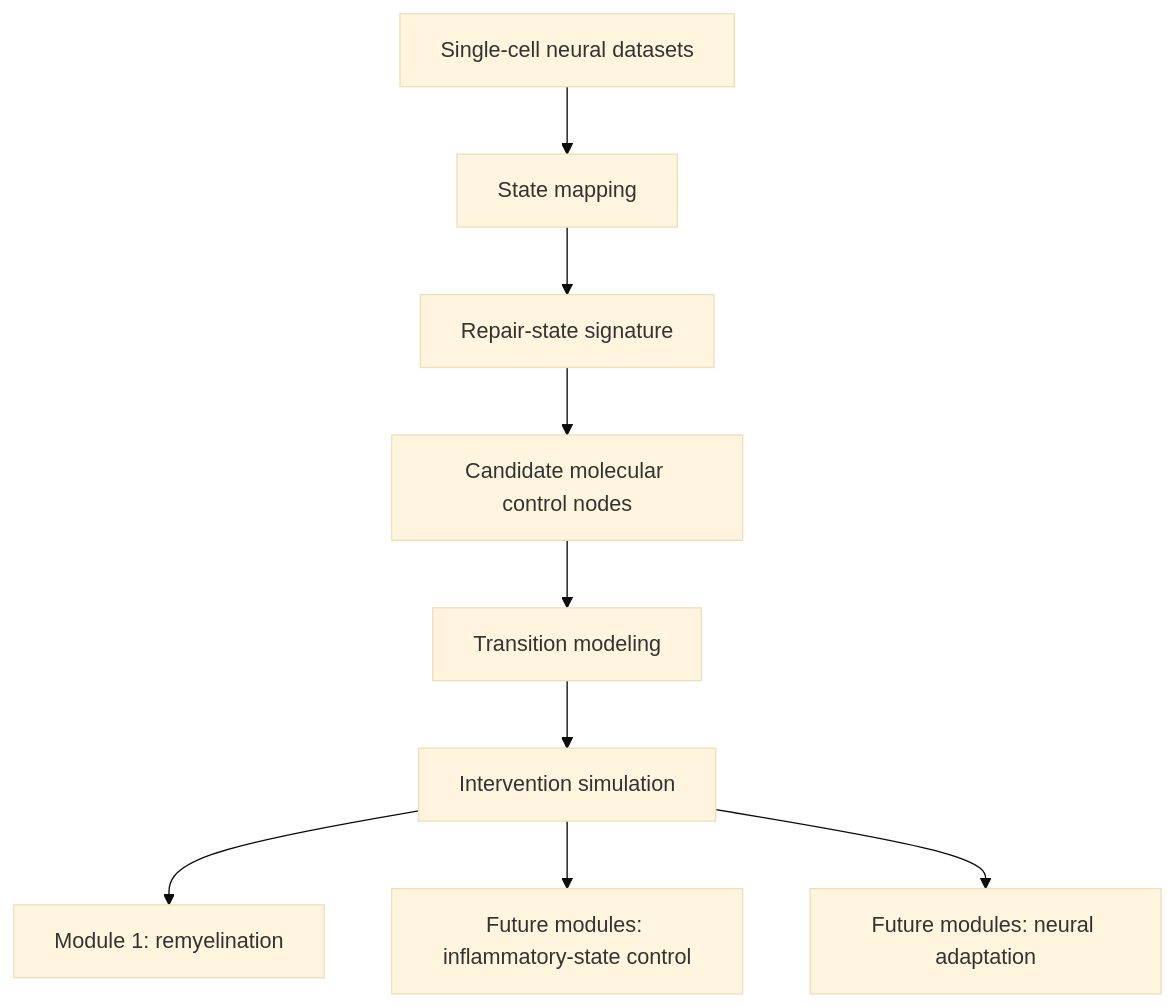
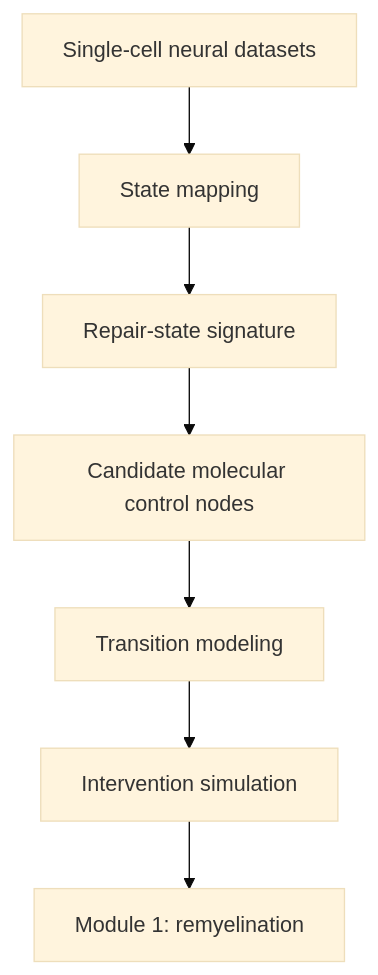
Before and after one commit to salcedoisabella/programmable-neurorepair: the diagram in README.md, drawn with Mermaid (base theme). The commit also changed other lines of this file, not shown here.

````diff
--- a/README.md
+++ b/README.md
@@ -11,12 +11,9 @@
 ```mermaid
 flowchart TD
     A[Single-cell neural datasets] --> B[State mapping]
     B --> C[Repair-state signature]
     C --> D[Candidate molecular control nodes]
     D --> E[Transition modeling]
     E --> F[Intervention simulation]
-
     F --> G[Module 1: remyelination]
-    F --> H[Future modules: inflammatory-state control]
-    F --> I[Future modules: neural adaptation]
 ```
````
